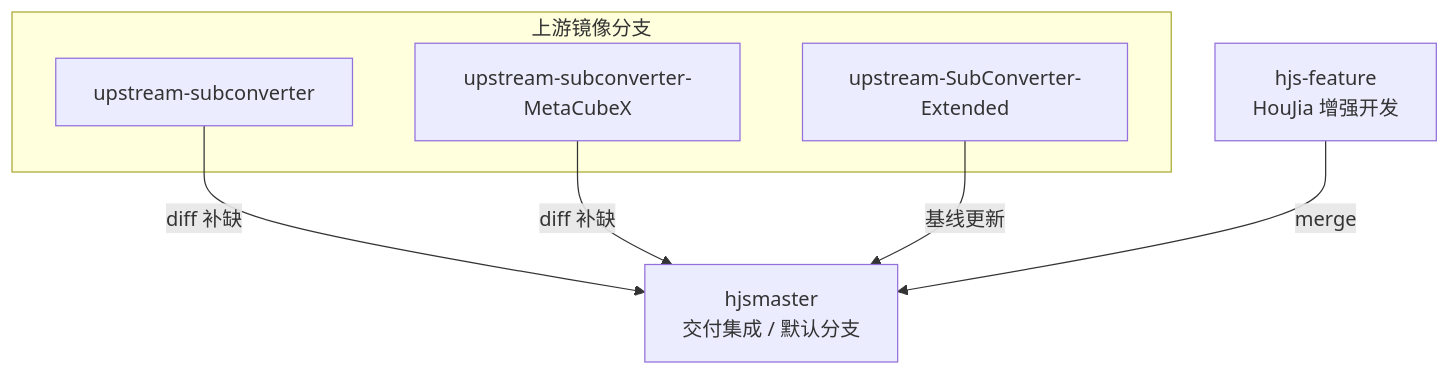
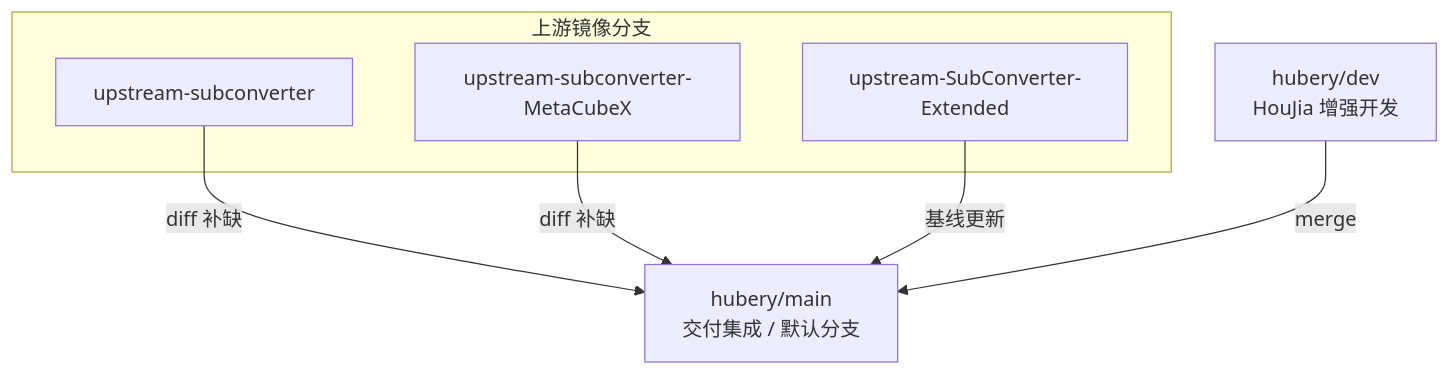
One commit to HouJia/SubConverter-Extended changed the diagram in docs/技术方案-分支与上游同步.md. Above: the diagram before and after it, drawn with Mermaid. The commit also changed other lines of this file and 3 other files, not shown here.

Commit message:
docs: 分支改名为 hubery/main 与 hubery/dev

````diff
--- a/docs/技术方案-分支与上游同步.md
+++ b/docs/技术方案-分支与上游同步.md
@@ -26,14 +28,14 @@
 ```mermaid
 flowchart TB
   subgraph mirrors [上游镜像分支]
     T[upstream-subconverter]
     M[upstream-subconverter-MetaCubeX]
     E[upstream-SubConverter-Extended]
   end
-  F[hjs-feature\nHouJia 增强开发]
-  H[hjsmaster\n交付集成 / 默认分支]
+  F[hubery/dev\nHouJia 增强开发]
+  H[hubery/main\n交付集成 / 默认分支]
   T -->|diff 补缺| H
   M -->|diff 补缺| H
   E -->|基线更新| H
   F -->|merge| H
 ```
````
